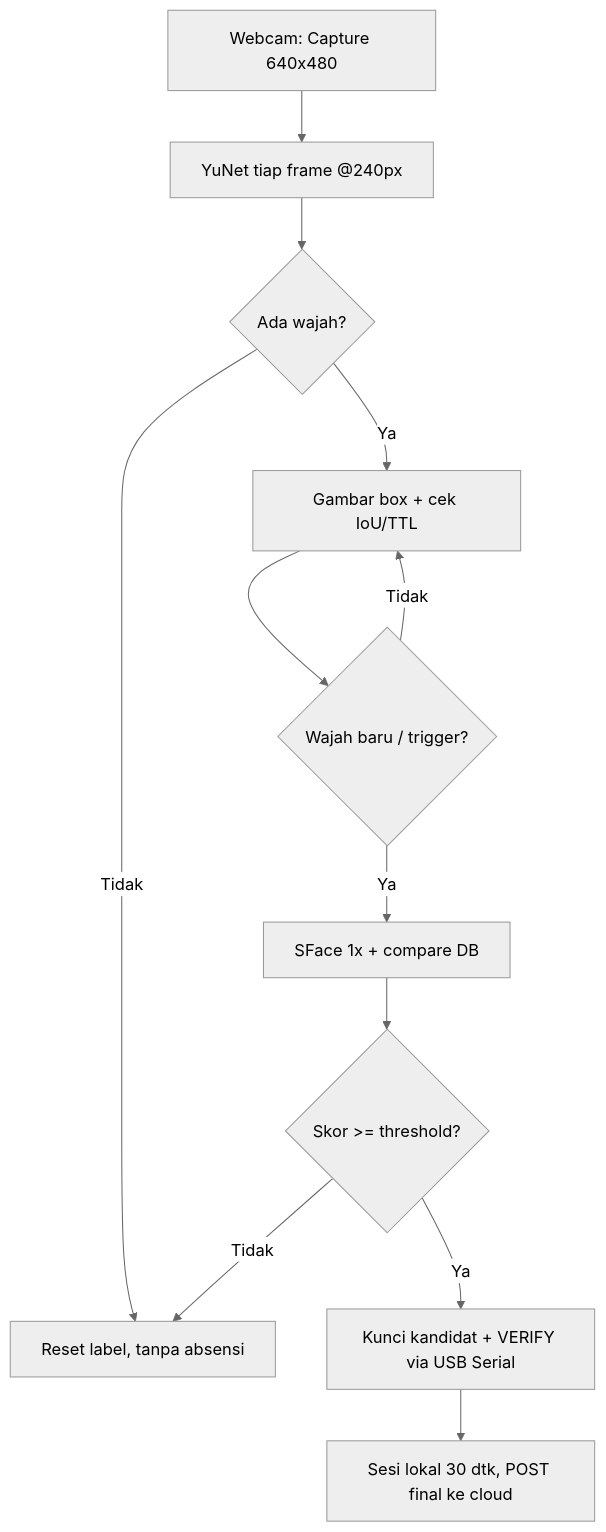
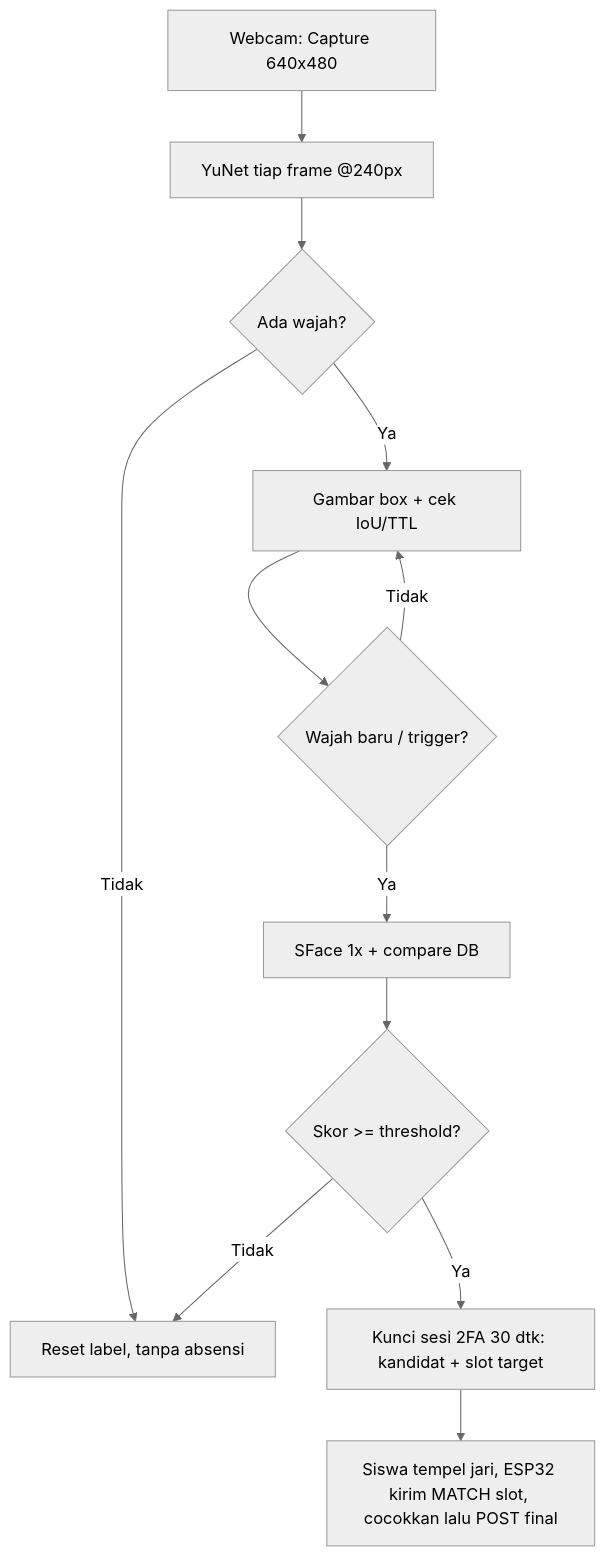
One commit to DandiKurnia/ProyekSK changed the second of 3 diagrams in ObsidianAllProgramSK/docs/face-recognition.md. Above: the diagram before and after it, drawn with Mermaid (neutral theme). The commit also changed other lines of this file and 12 other files, not shown here.

First line of the commit message:
docs(fingerprint): sinkron protokol serial ke firmware esp32R503_Serial

````diff
--- a/ObsidianAllProgramSK/docs/face-recognition.md
+++ b/ObsidianAllProgramSK/docs/face-recognition.md
@@ -317,14 +317,14 @@
 ```mermaid
 flowchart TB
     A[Webcam: Capture 640x480] --> B[YuNet tiap frame @240px]
     B --> C{Ada wajah?}
     C -- Tidak --> Z[Reset label, tanpa absensi]
     C -- Ya --> D[Gambar box + cek IoU/TTL]
     D --> E{Wajah baru / trigger?}
     E -- Tidak --> D
     E -- Ya --> F[SFace 1x + compare DB]
     F --> G{Skor >= threshold?}
     G -- Tidak --> Z
-    G -- Ya --> H[Kunci kandidat + VERIFY via USB Serial]
-    H --> I[Sesi lokal 30 dtk, POST final ke cloud]
+    G -- Ya --> H[Kunci sesi 2FA 30 dtk: kandidat + slot target]
+    H --> I[Siswa tempel jari, ESP32 kirim MATCH slot, cocokkan lalu POST final]
 ```
````
